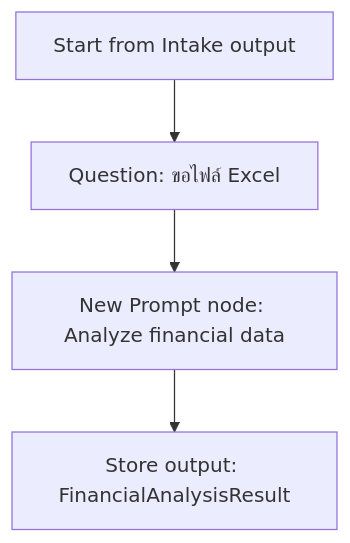
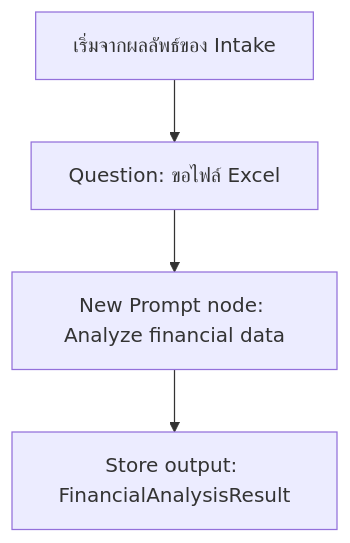
The diagram in exercises/module-3/exercise-3-excel-analysis-action/README.md (teerasej/SET-ai-creation-public), drawn with Mermaid before and after one commit. The commit also changed other lines of this file and 18 other files, not shown here.

````diff
--- a/exercises/module-3/exercise-3-excel-analysis-action/README.md
+++ b/exercises/module-3/exercise-3-excel-analysis-action/README.md
@@ -19,6 +19,6 @@
 ```mermaid
 flowchart TD
-    A[Start from Intake output] --> B[Question: ขอไฟล์ Excel]
+    A[เริ่มจากผลลัพธ์ของ Intake] --> B[Question: ขอไฟล์ Excel]
     B --> C[New Prompt node: Analyze financial data]
     C --> D[Store output: FinancialAnalysisResult]
 ```
````
